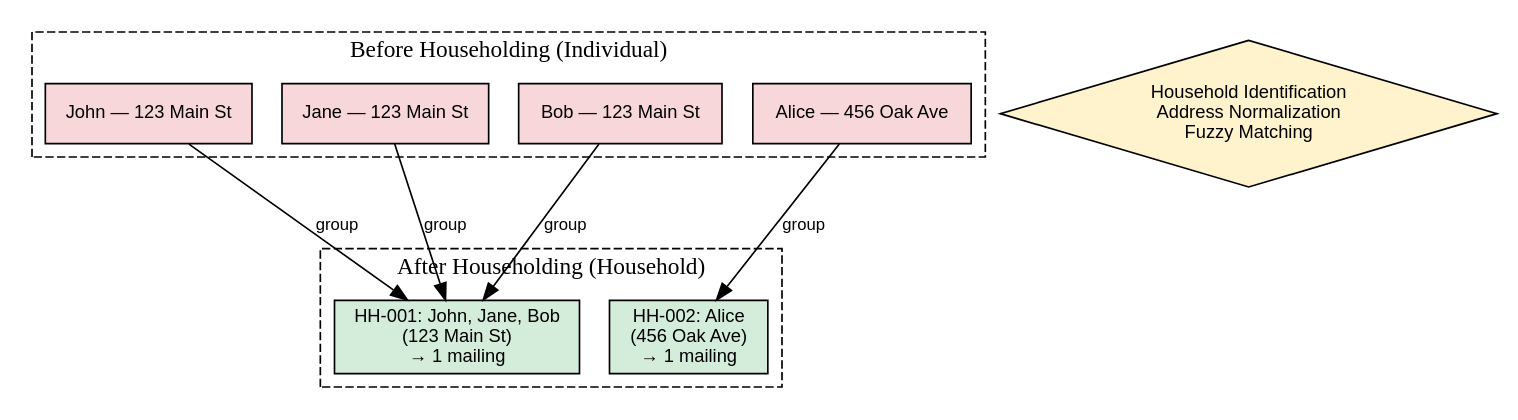
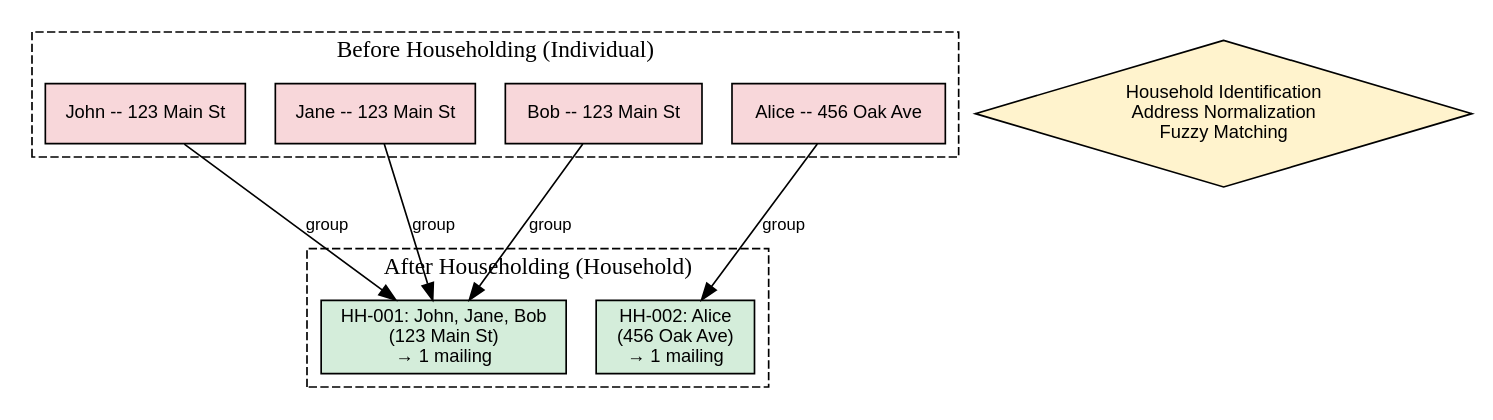
One commit to animishraa05/animishraa05.github.io changed the first of 2 diagrams in content/wiki/data-warehouse/householding-dwh.md. Above: the diagram before and after it, drawn with Graphviz. The commit also changed other lines of this file and 1221 other files, not shown here.

````diff
--- a/content/wiki/data-warehouse/householding-dwh.md
+++ b/content/wiki/data-warehouse/householding-dwh.md
@@ -31,28 +31,28 @@
 ```dot
 digraph householding {
   rankdir=TB
   node [shape=box style=filled fontname="Helvetica" fontsize=11]
   edge [fontname="Helvetica" fontsize=10]
 
   subgraph cluster_individuals {
     label="Before Householding (Individual)"
     style=dashed
-    c1 [label="John — 123 Main St" fillcolor="#f8d7da"]
-    c2 [label="Jane — 123 Main St" fillcolor="#f8d7da"]
-    c3 [label="Bob — 123 Main St" fillcolor="#f8d7da"]
-    c4 [label="Alice — 456 Oak Ave" fillcolor="#f8d7da"]
+    c1 [label="John -- 123 Main St" fillcolor="#f8d7da"]
+    c2 [label="Jane -- 123 Main St" fillcolor="#f8d7da"]
+    c3 [label="Bob -- 123 Main St" fillcolor="#f8d7da"]
+    c4 [label="Alice -- 456 Oak Ave" fillcolor="#f8d7da"]
   }
 
   household [label="Household Identification\nAddress Normalization\nFuzzy Matching" fillcolor="#fff3cd" shape=diamond]
 
   subgraph cluster_households {
     label="After Householding (Household)"
     style=dashed
     h1 [label="HH-001: John, Jane, Bob\n(123 Main St)\n→ 1 mailing" fillcolor="#d4edda"]
     h2 [label="HH-002: Alice\n(456 Oak Ave)\n→ 1 mailing" fillcolor="#d4edda"]
   }
 
   {c1 c2 c3} -> h1 [label="group"]
   c4 -> h2 [label="group"]
 }
 ```
````
